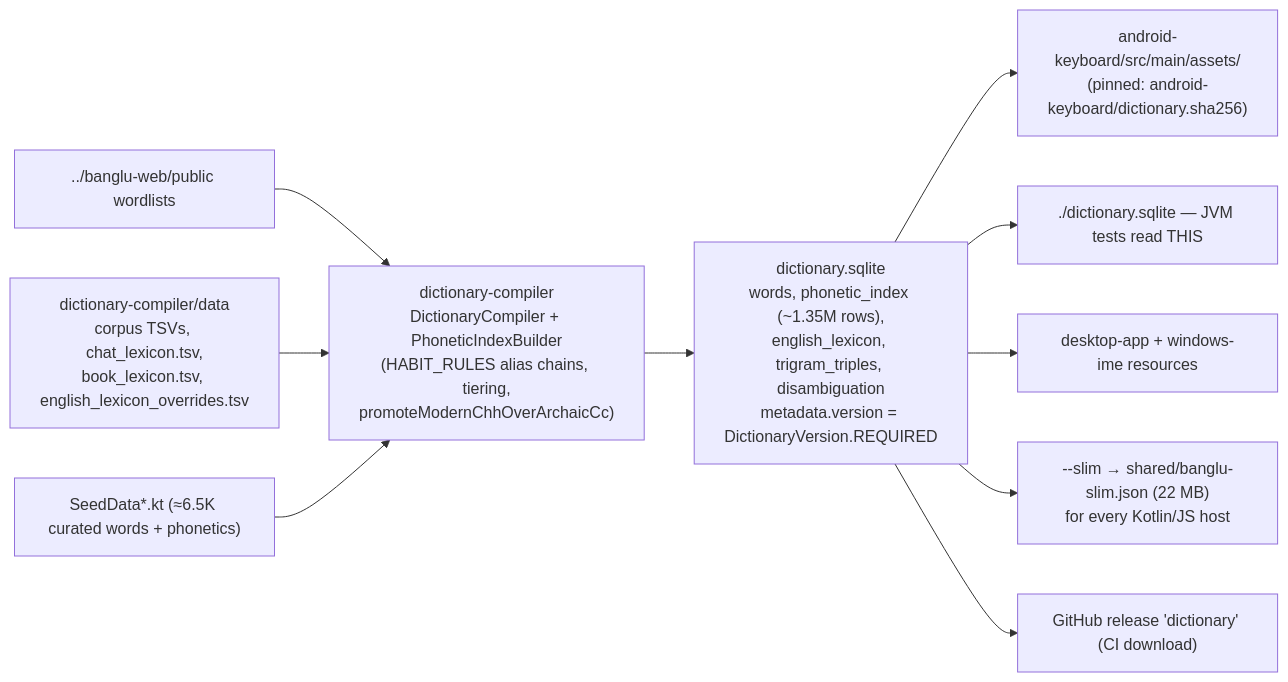
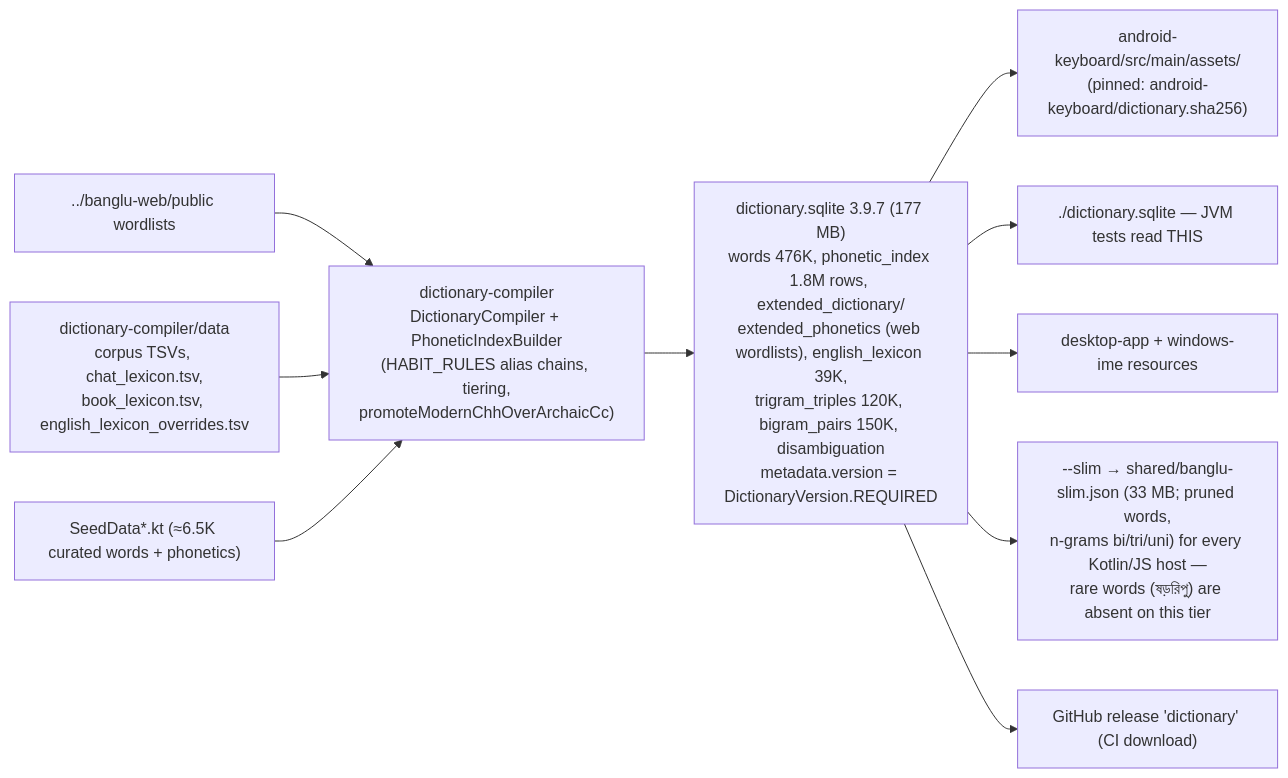
One commit to Shahabul87/banglu-kmp changed the eighth of 10 diagrams in docs/architecture/engine-architecture.md. Above: the diagram before and after it, drawn with Mermaid. The commit also changed other lines of this file, not shown here.

````diff
--- a/docs/architecture/engine-architecture.md
+++ b/docs/architecture/engine-architecture.md
@@ -232,13 +353,13 @@
 ```mermaid
 flowchart LR
     SRC1["../banglu-web/public wordlists"] --> COMP
     SRC2["dictionary-compiler/data<br/>corpus TSVs, chat_lexicon.tsv,<br/>book_lexicon.tsv, english_lexicon_overrides.tsv"] --> COMP
     SRC3["SeedData*.kt (≈6.5K curated words + phonetics)"] --> COMP
     COMP["dictionary-compiler<br/>DictionaryCompiler + PhoneticIndexBuilder<br/>(HABIT_RULES alias chains, tiering,<br/>promoteModernChhOverArchaicCc)"]
-    COMP --> SQL["dictionary.sqlite<br/>words, phonetic_index (~1.35M rows),<br/>english_lexicon, trigram_triples, disambiguation<br/>metadata.version = DictionaryVersion.REQUIRED"]
+    COMP --> SQL["dictionary.sqlite 3.9.7 (177 MB)<br/>words 476K, phonetic_index 1.8M rows, extended_dictionary/<br/>extended_phonetics (web wordlists), english_lexicon 39K,<br/>trigram_triples 120K, bigram_pairs 150K, disambiguation<br/>metadata.version = DictionaryVersion.REQUIRED"]
     SQL --> AND["android-keyboard/src/main/assets/<br/>(pinned: android-keyboard/dictionary.sha256)"]
     SQL --> ROOT["./dictionary.sqlite — JVM tests read THIS"]
     SQL --> DESK["desktop-app + windows-ime resources"]
-    SQL --> SLIM["--slim → shared/banglu-slim.json (22 MB)<br/>for every Kotlin/JS host"]
+    SQL --> SLIM["--slim → shared/banglu-slim.json (33 MB; pruned words,<br/>n-grams bi/tri/uni) for every Kotlin/JS host —<br/>rare words (ষড়রিপু) are absent on this tier"]
     SQL --> REL["GitHub release 'dictionary' (CI download)"]
 ```
````
